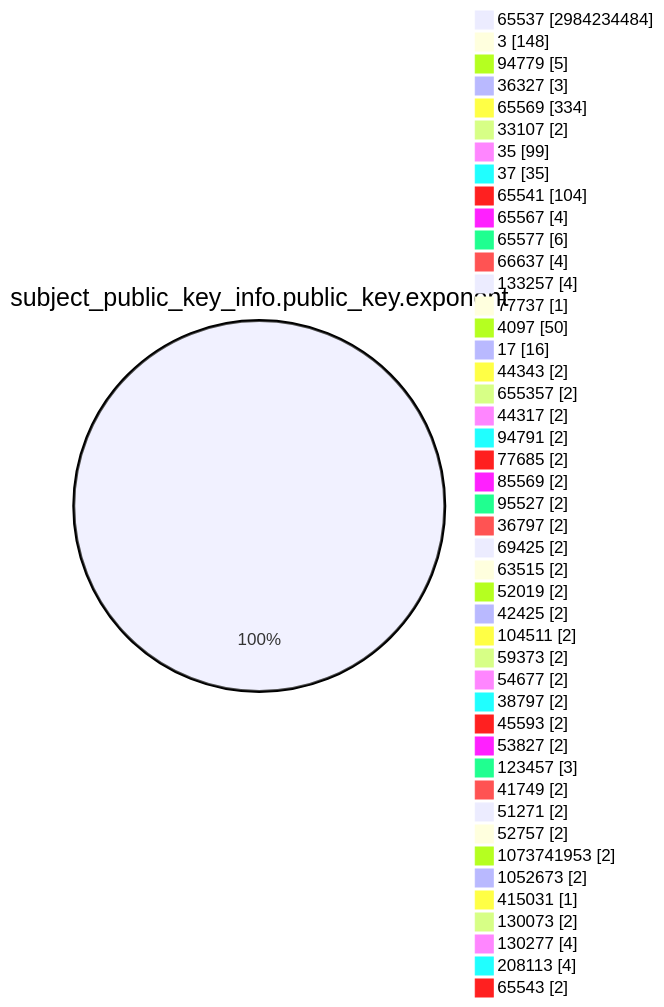
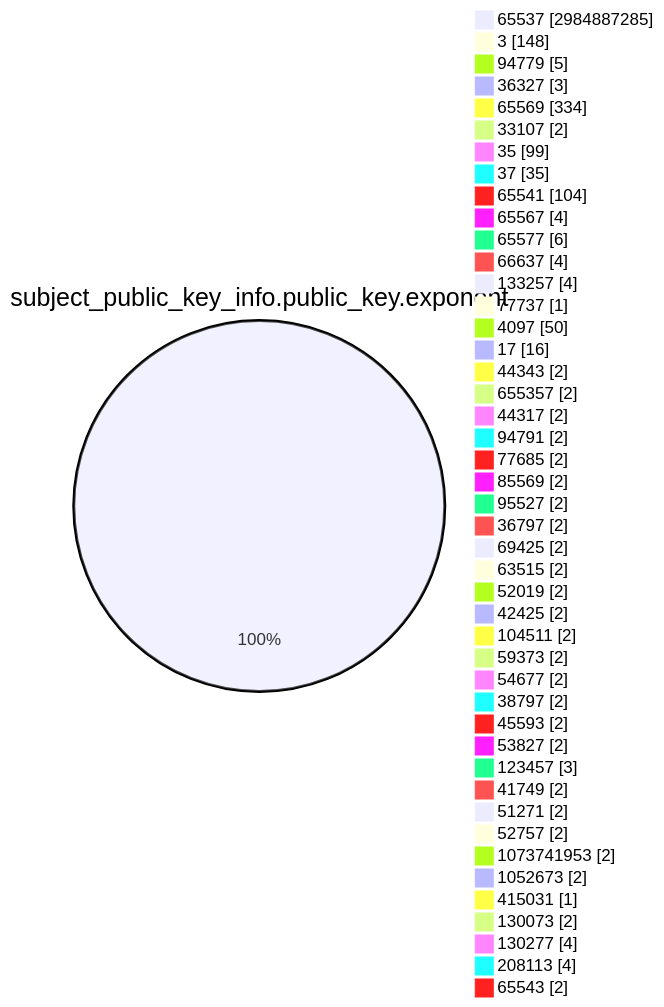
The fourth of 15 diagrams in TOTAL/README.md (christiankrug/ctmonitor_visualization), drawn with Mermaid before and after one commit. The commit also changed other lines of this file, not shown here.

````diff
--- a/TOTAL/README.md
+++ b/TOTAL/README.md
@@ -1472,49 +1472,49 @@
 ```mermaid
 pie showData
 title subject_public_key_info.public_key.exponent
-"65537" :2984234484
+"65537" :2984887285
 "3" :148
 "94779" :5
 "36327" :3
 "65569" :334
 "33107" :2
 "35" :99
 "37" :35
 "65541" :104
 "65567" :4
 "65577" :6
 "66637" :4
 "133257" :4
 "77737" :1
 "4097" :50
 "17" :16
 "44343" :2
 "655357" :2
 "44317" :2
 "94791" :2
 "77685" :2
 "85569" :2
 "95527" :2
 "36797" :2
 "69425" :2
 "63515" :2
 "52019" :2
 "42425" :2
 "104511" :2
 "59373" :2
 "54677" :2
 "38797" :2
 "45593" :2
 "53827" :2
 "123457" :3
 "41749" :2
 "51271" :2
 "52757" :2
 "1073741953" :2
 "1052673" :2
 "415031" :1
 "130073" :2
 "130277" :4
 "208113" :4
 "65543" :2
 ```
````
